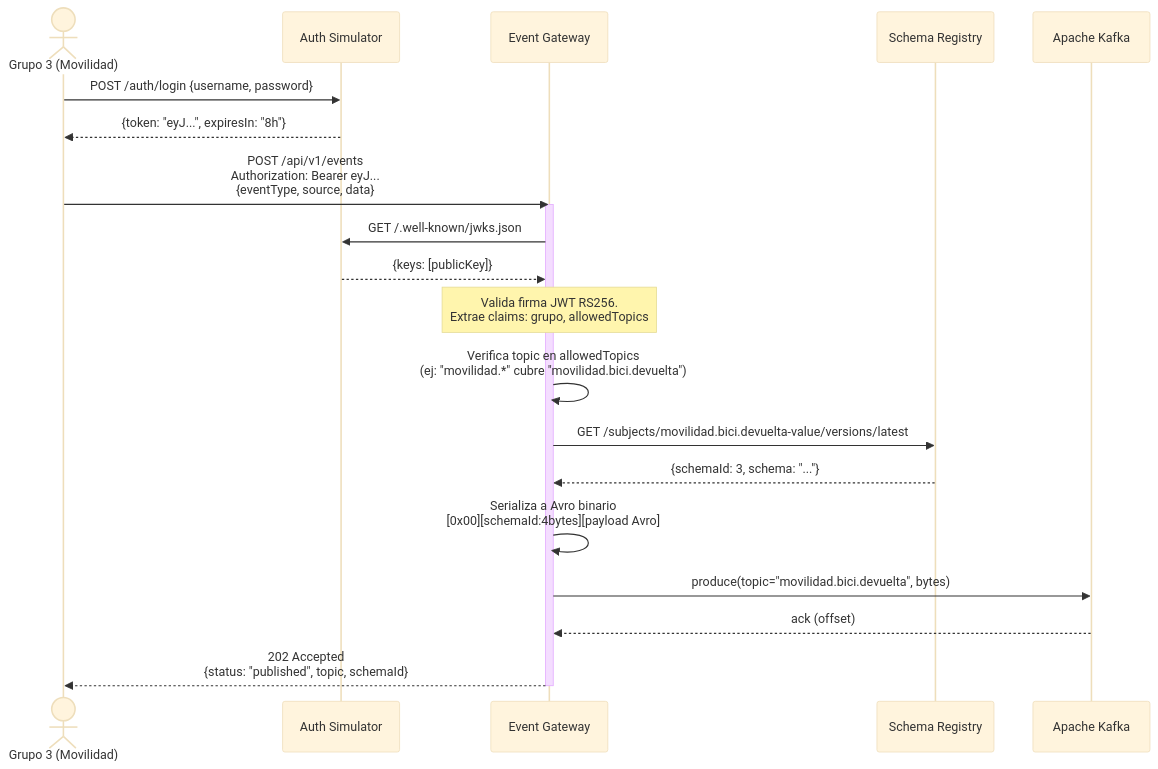
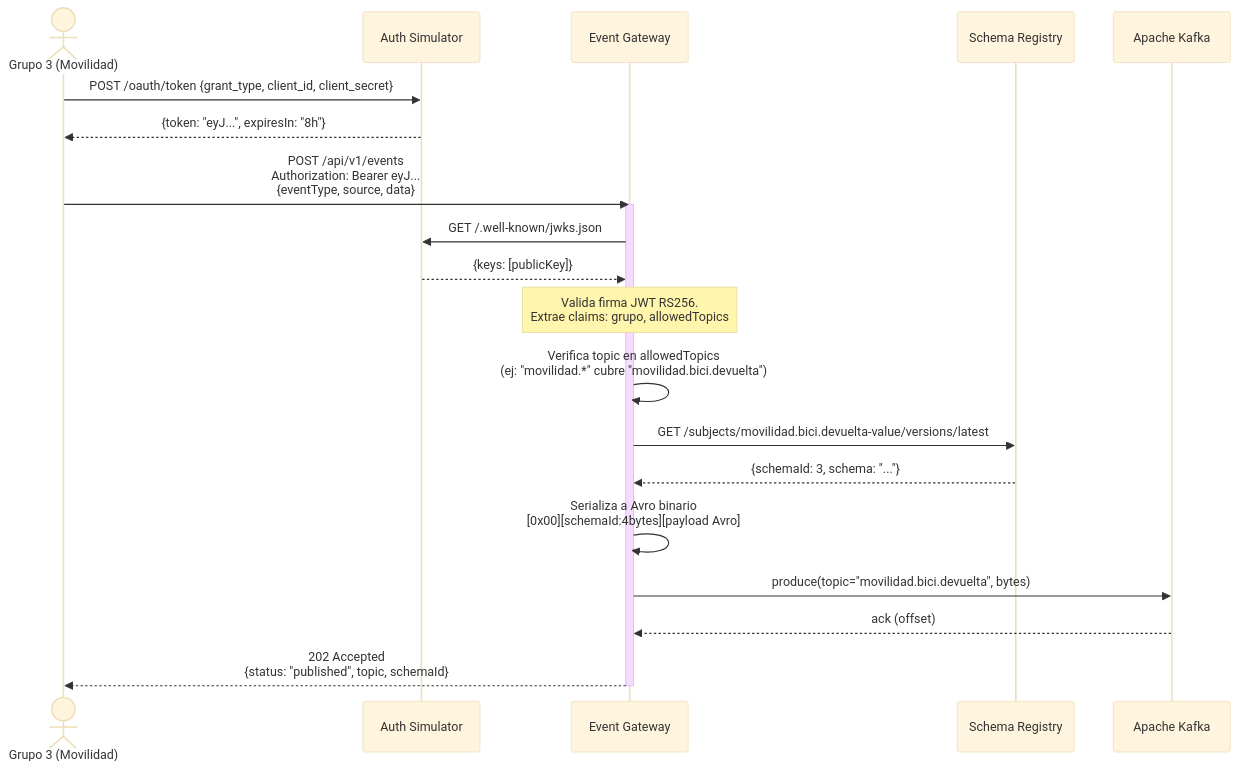
Before and after one commit to carlos-illobre/citypass-event-gateway: the first of 3 diagrams in docs/diagrams/secuencias.md, drawn with Mermaid (base theme). The commit also changed 171 other files, not shown here.

````diff
--- a/docs/diagrams/secuencias.md
+++ b/docs/diagrams/secuencias.md
@@ -5,31 +5,31 @@
 ```mermaid
 sequenceDiagram
     actor G3 as Grupo 3 (Movilidad)
     participant Auth as Auth Simulator
     participant Proxy as Event Gateway
     participant SR as Schema Registry
     participant Kafka as Apache Kafka
 
-    G3->>Auth: POST /auth/login {username, password}
+    G3->>Auth: POST /oauth/token {grant_type, client_id, client_secret}
     Auth-->>G3: {token: "eyJ...", expiresIn: "8h"}
 
     G3->>Proxy: POST /api/v1/events<br/>Authorization: Bearer eyJ...<br/>{eventType, source, data}
     
     activate Proxy
     Proxy->>Auth: GET /.well-known/jwks.json
     Auth-->>Proxy: {keys: [publicKey]}
     Note over Proxy: Valida firma JWT RS256.<br/>Extrae claims: grupo, allowedTopics
 
     Proxy->>Proxy: Verifica topic en allowedTopics<br/>(ej: "movilidad.*" cubre "movilidad.bici.devuelta")
 
     Proxy->>SR: GET /subjects/movilidad.bici.devuelta-value/versions/latest
     SR-->>Proxy: {schemaId: 3, schema: "..."}
 
     Proxy->>Proxy: Serializa a Avro binario<br/>[0x00][schemaId:4bytes][payload Avro]
 
     Proxy->>Kafka: produce(topic="movilidad.bici.devuelta", bytes)
     Kafka-->>Proxy: ack (offset)
     
     Proxy-->>G3: 202 Accepted<br/>{status: "published", topic, schemaId}
     deactivate Proxy
 ```
````
